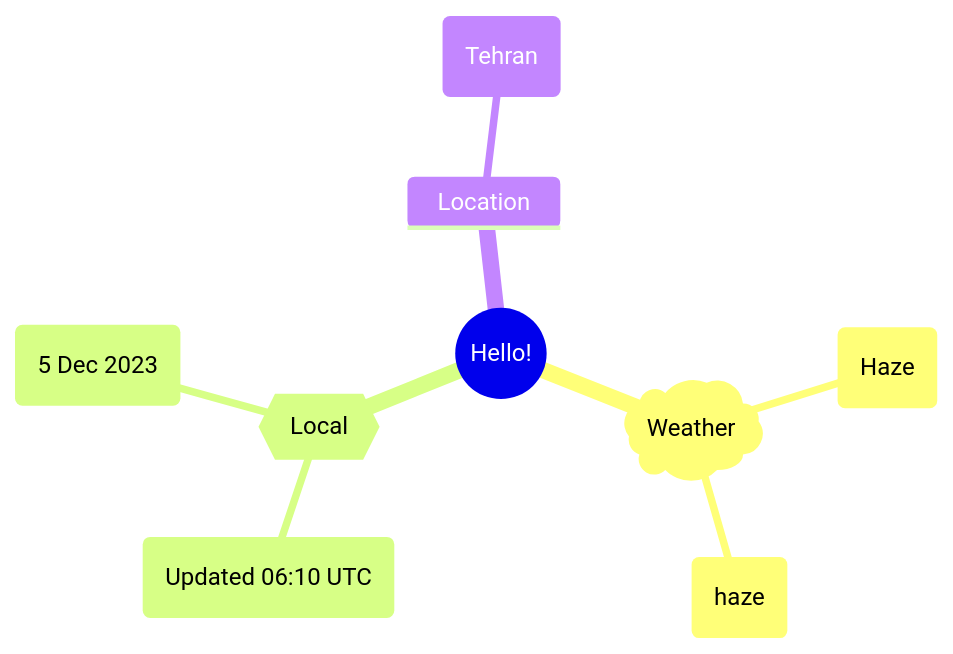
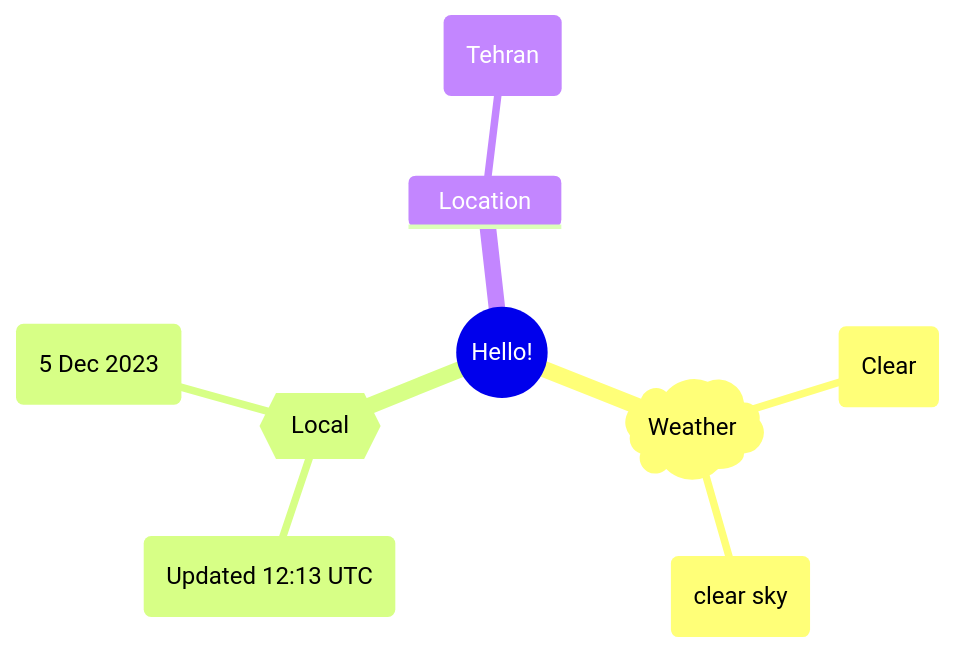
One commit to Xosrov/Xosrov changed the first of 2 diagrams in README.md. Above: the diagram before and after it, drawn with Mermaid.

Commit message:
[bot] updated images

````diff
--- a/README.md
+++ b/README.md
@@ -3,12 +3,12 @@
 ```mermaid
 mindmap
   root((Hello!))
     )Weather(
-        (Haze)
-        (haze)
+        (Clear)
+        (clear sky)
     {{Local}}
-        (Updated 06:10 UTC)
+        (Updated 12:13 UTC)
         (5 Dec 2023)
     Location
         (Tehran)
 ```
````
